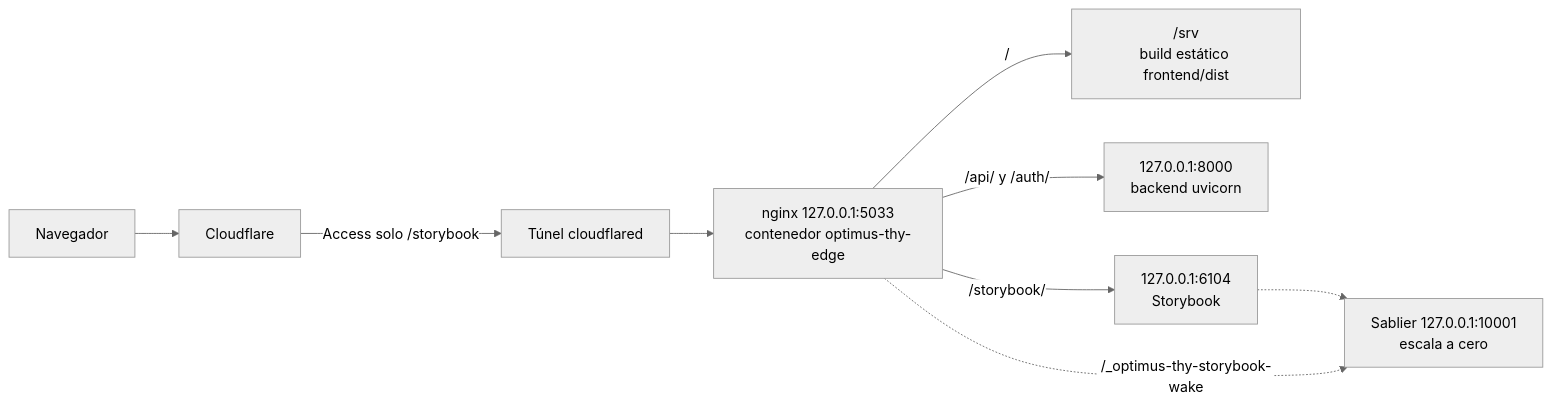
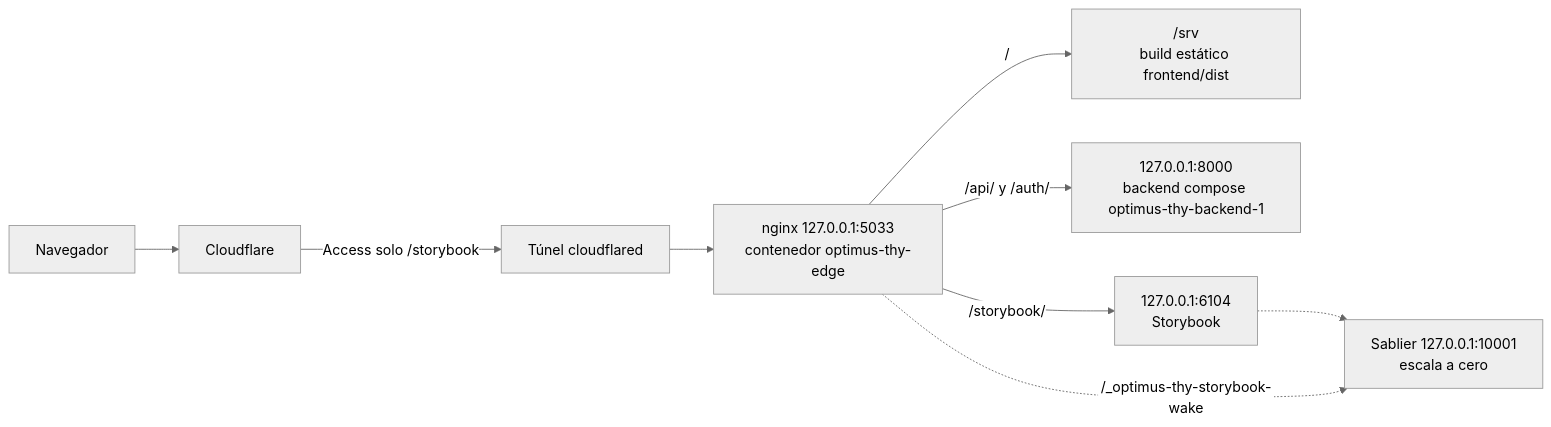
One commit to AndresGaibor/optimus-thy changed the diagram in docs/operacion/despliegue-tiroides2.md. Above: the diagram before and after it, drawn with Mermaid (neutral theme). The commit also changed other lines of this file and 27 other files, not shown here.

````diff
--- a/docs/operacion/despliegue-tiroides2.md
+++ b/docs/operacion/despliegue-tiroides2.md
@@ -5,11 +5,11 @@
 ```mermaid
 flowchart LR
     A[Navegador] --> B[Cloudflare]
     B -->|Access solo /storybook| C[Túnel cloudflared]
     C --> D["nginx 127.0.0.1:5033<br/>contenedor optimus-thy-edge"]
     D -->|/| E["/srv<br/>build estático frontend/dist"]
-    D -->|/api/ y /auth/| F["127.0.0.1:8000<br/>backend uvicorn"]
+    D -->|/api/ y /auth/| F["127.0.0.1:8000<br/>backend compose optimus-thy-backend-1"]
     D -->|/storybook/| G["127.0.0.1:6104<br/>Storybook"]
     G -.-> H["Sablier 127.0.0.1:10001<br/>escala a cero"]
     D -.->|/_optimus-thy-storybook-wake| H
 ```
````
